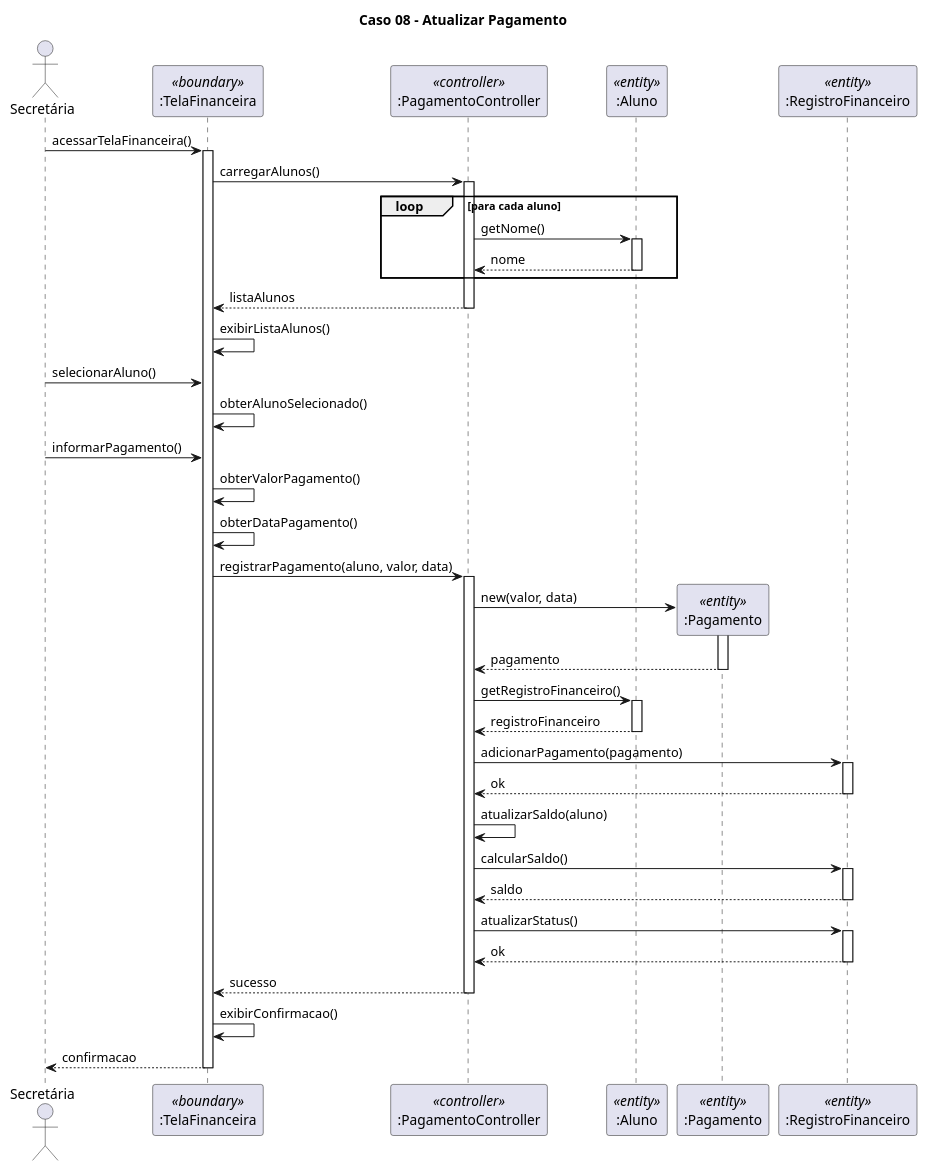
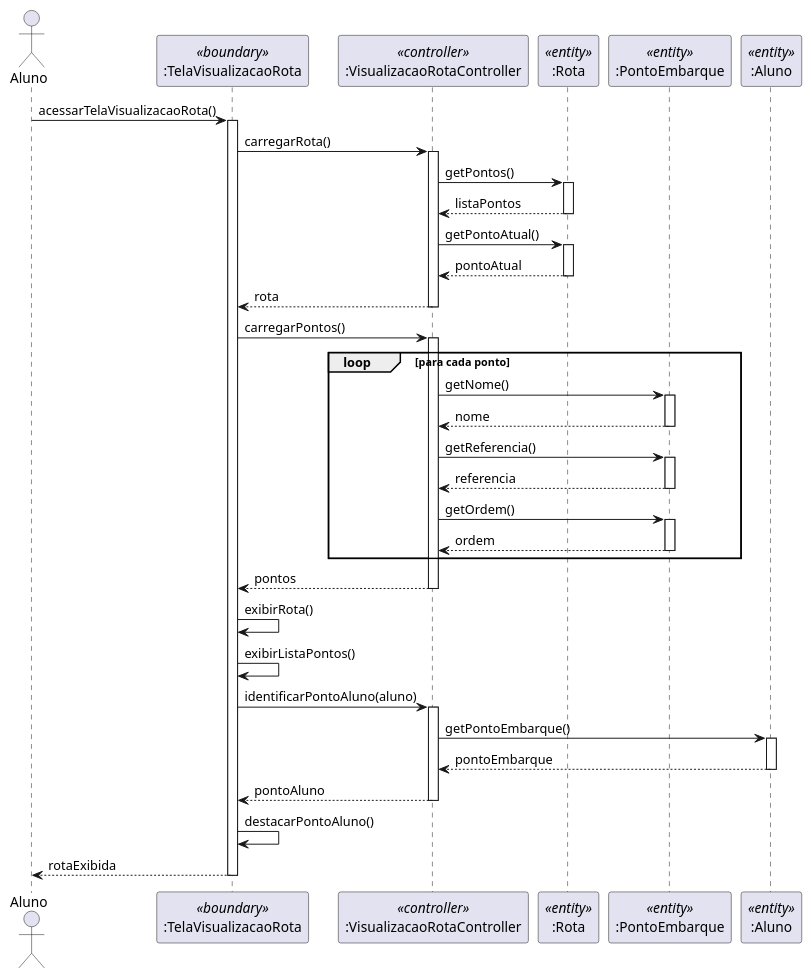
The diagram in sequencia/Caso_08_Sequencia.puml (viniciusdias2902/modelagem_uml), drawn with PlantUML before and after one commit. The commit also changed other lines of this file and 117 other files, not shown here.

Commit message:
Atualização dos diagramas

```diff
--- a/sequencia/Caso_08_Sequencia.puml
+++ b/sequencia/Caso_08_Sequencia.puml
@@ -1,77 +1,72 @@
 @startuml
 
-title Caso 08 - Atualizar Pagamento
+actor Aluno
 
-actor Secretaria as "Secretária"
+participant ":TelaVisualizacaoRota" as TVR <<boundary>>
+participant ":VisualizacaoRotaController" as VRC <<controller>>
+participant ":Rota" as R <<entity>>
+participant ":PontoEmbarque" as PE <<entity>>
+participant ":Aluno" as A <<entity>>
 
-participant ":TelaFinanceira" as TF <<boundary>>
-participant ":PagamentoController" as PC <<controller>>
-participant ":Aluno" as A <<entity>>
-participant ":Pagamento" as P <<entity>>
-participant ":RegistroFinanceiro" as RF <<entity>>
+Aluno -> TVR: acessarTelaVisualizacaoRota()
+activate TVR
 
-Secretaria -> TF: acessarTelaFinanceira()
-activate TF
+TVR -> VRC: carregarRota()
+activate VRC
 
-TF -> PC: carregarAlunos()
-activate PC
+VRC -> R: getPontos()
+activate R
+R --> VRC: listaPontos
+deactivate R
 
-loop para cada aluno
-    PC -> A: getNome()
-    activate A
-    A --> PC: nome
-    deactivate A
+VRC -> R: getPontoAtual()
+activate R
+R --> VRC: pontoAtual
+deactivate R
+
+VRC --> TVR: rota
+deactivate VRC
+
+TVR -> VRC: carregarPontos()
+activate VRC
+
+loop para cada ponto
+    VRC -> PE: getNome()
+    activate PE
+    PE --> VRC: nome
+    deactivate PE
+    
+    VRC -> PE: getReferencia()
+    activate PE
+    PE --> VRC: referencia
+    deactivate PE
+    
+    VRC -> PE: getOrdem()
+    activate PE
+    PE --> VRC: ordem
+    deactivate PE
 end
 
-PC --> TF: listaAlunos
-deactivate PC
+VRC --> TVR: pontos
+deactivate VRC
 
-TF -> TF: exibirListaAlunos()
+TVR -> TVR: exibirRota()
+TVR -> TVR: exibirListaPontos()
 
-Secretaria -> TF: selecionarAluno()
-TF -> TF: obterAlunoSelecionado()
+TVR -> VRC: identificarPontoAluno(aluno)
+activate VRC
 
-Secretaria -> TF: informarPagamento()
-TF -> TF: obterValorPagamento()
-TF -> TF: obterDataPagamento()
-
-TF -> PC: registrarPagamento(aluno, valor, data)
-activate PC
-
-create P
-PC -> P: new(valor, data)
-activate P
-P --> PC: pagamento
-deactivate P
-
-PC -> A: getRegistroFinanceiro()
+VRC -> A: getPontoEmbarque()
 activate A
-A --> PC: registroFinanceiro
+A --> VRC: pontoEmbarque
 deactivate A
 
-PC -> RF: adicionarPagamento(pagamento)
-activate RF
-RF --> PC: ok
-deactivate RF
+VRC --> TVR: pontoAluno
+deactivate VRC
 
-PC -> PC: atualizarSaldo(aluno)
+TVR -> TVR: destacarPontoAluno()
 
-PC -> RF: calcularSaldo()
-activate RF
-RF --> PC: saldo
-deactivate RF
-
-PC -> RF: atualizarStatus()
-activate RF
-RF --> PC: ok
-deactivate RF
-
-PC --> TF: sucesso
-deactivate PC
-
-TF -> TF: exibirConfirmacao()
-
-TF --> Secretaria: confirmacao
-deactivate TF
+TVR --> Aluno: rotaExibida
+deactivate TVR
 
 @enduml
```
